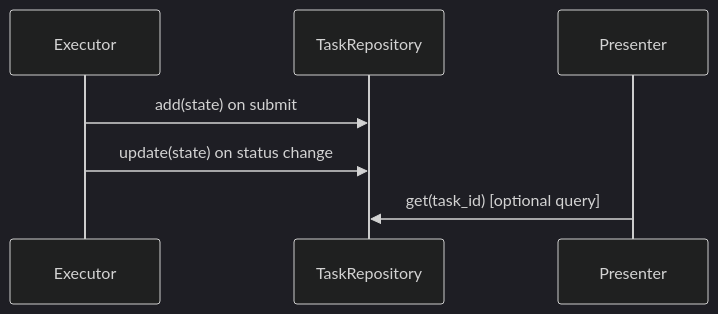
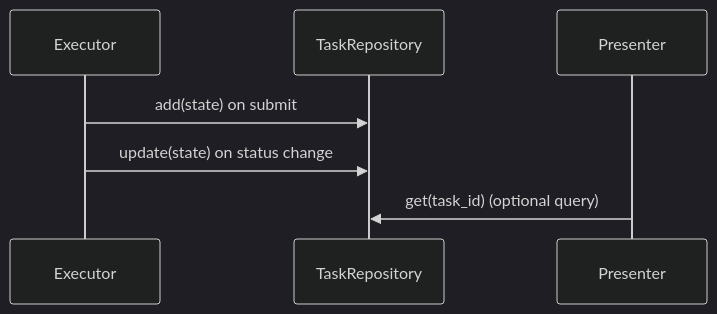
One commit to anhembedded/UI_Framework changed the fourth of 6 diagrams in Design/SDD/SDD_core.md. Above: the diagram before and after it, drawn with Mermaid (dark theme). The commit also changed other lines of this file and 1 other file, not shown here.

````diff
--- a/Design/SDD/SDD_core.md
+++ b/Design/SDD/SDD_core.md
@@ -204,10 +204,10 @@
 ```mermaid
 sequenceDiagram
     participant Executor
     participant Repo as TaskRepository
     participant Presenter
 
     Executor->>Repo: add(state) on submit
     Executor->>Repo: update(state) on status change
-    Presenter->>Repo: get(task_id) [optional query]
+    Presenter->>Repo: get(task_id) (optional query)
 ```
````
